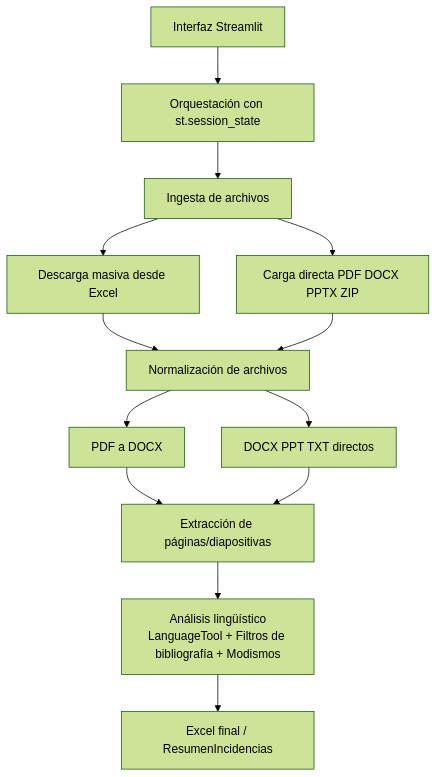
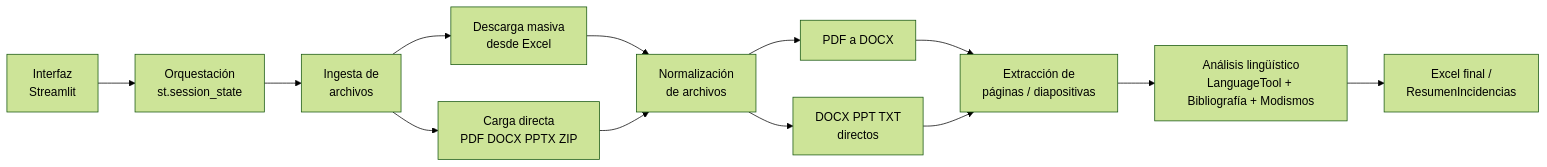
The diagram in README.md (joseluisantunezcondezo/UTP_GrammarScan), drawn with Mermaid (forest theme) before and after one commit.

Commit message:
README.md

````diff
--- a/README.md
+++ b/README.md
@@ -140,16 +140,15 @@
 ```mermaid
-flowchart TD
-    A[Interfaz Streamlit] --> B[Orquestación con st.session_state]
-    B --> C[Ingesta de archivos]
-    C --> D1[Descarga masiva desde Excel]
-    C --> D2[Carga directa PDF DOCX PPTX ZIP]
-    D1 --> E[Normalización de archivos]
+flowchart LR
+    A[Interfaz<br/>Streamlit] --> B[Orquestación<br/>st.session_state]
+    B --> C[Ingesta de<br/>archivos]
+    C --> D1[Descarga masiva<br/>desde Excel]
+    C --> D2[Carga directa<br/>PDF DOCX PPTX ZIP]
+    D1 --> E[Normalización<br/>de archivos]
     D2 --> E
     E --> F1[PDF a DOCX]
-    E --> F2[DOCX PPT TXT  directos]
-    F1 --> G[Extracción de páginas/diapositivas]
+    E --> F2[DOCX PPT TXT<br/>directos]
+    F1 --> G[Extracción de<br/>páginas / diapositivas]
     F2 --> G
-    G --> H[Análisis lingüístico
-LanguageTool + Filtros de bibliografía + Modismos]
-    H --> J[Excel final / ResumenIncidencias]
+    G --> H[Análisis lingüístico<br/>LanguageTool + Bibliografía + Modismos]
+    H --> J[Excel final /<br/>ResumenIncidencias]
 ```
````
